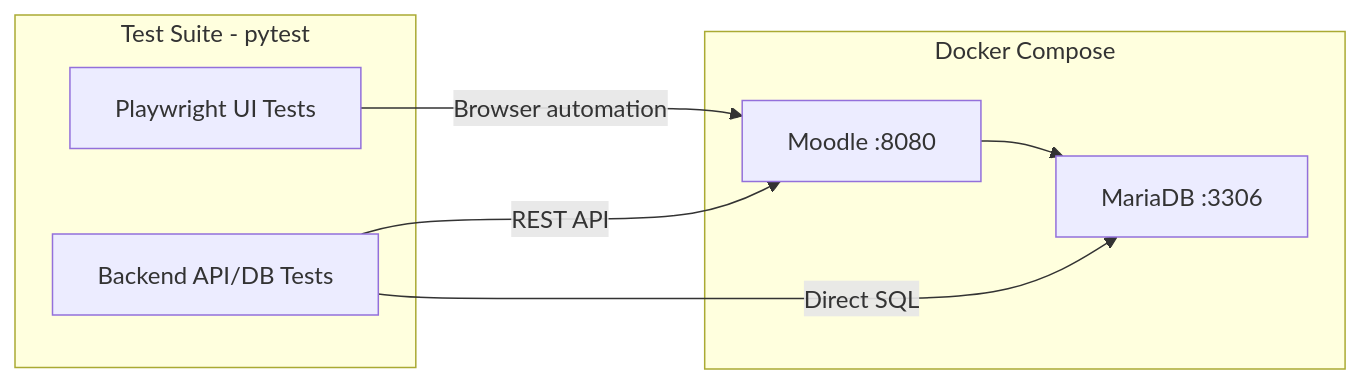
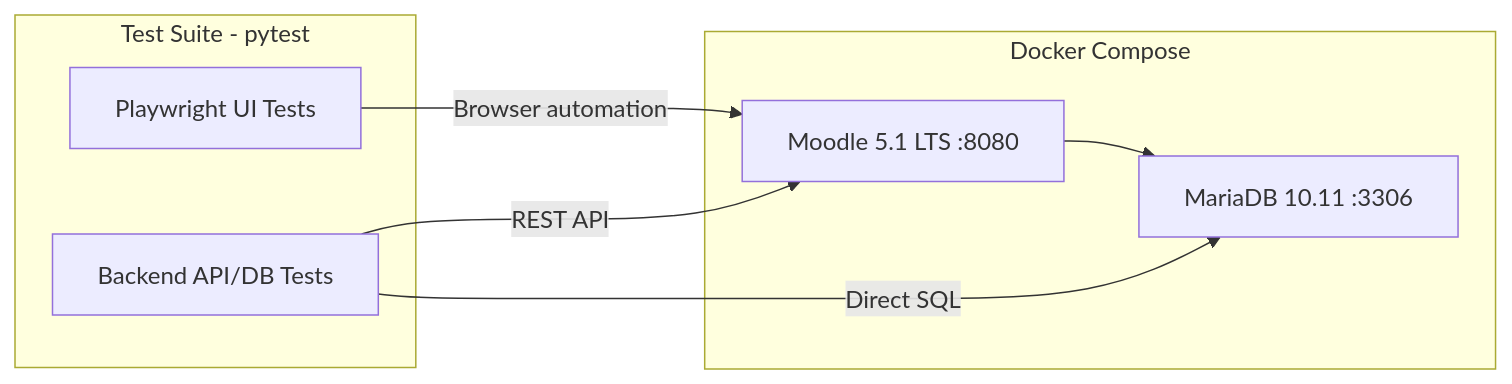
One commit to KendallMae/moodle-validator changed the diagram in README.md. Above: the diagram before and after it, drawn with Mermaid. The commit also changed other lines of this file and 3 other files, not shown here.

Commit message:
Migrate to Moodle 5.1 LTS with automated CLI install

````diff
--- a/README.md
+++ b/README.md
@@ -7,17 +9,17 @@
 ```mermaid
 graph LR
     subgraph docker [Docker Compose]
-        Moodle["Moodle :8080"]
-        MariaDB["MariaDB :3306"]
+        Moodle["Moodle 5.1 LTS :8080"]
+        MariaDB["MariaDB 10.11 :3306"]
         Moodle --> MariaDB
     end
 
     subgraph tests [Test Suite - pytest]
         UI["Playwright UI Tests"]
         Backend["Backend API/DB Tests"]
     end
 
     UI -->|"Browser automation"| Moodle
     Backend -->|"REST API"| Moodle
     Backend -->|"Direct SQL"| MariaDB
 ```
````
